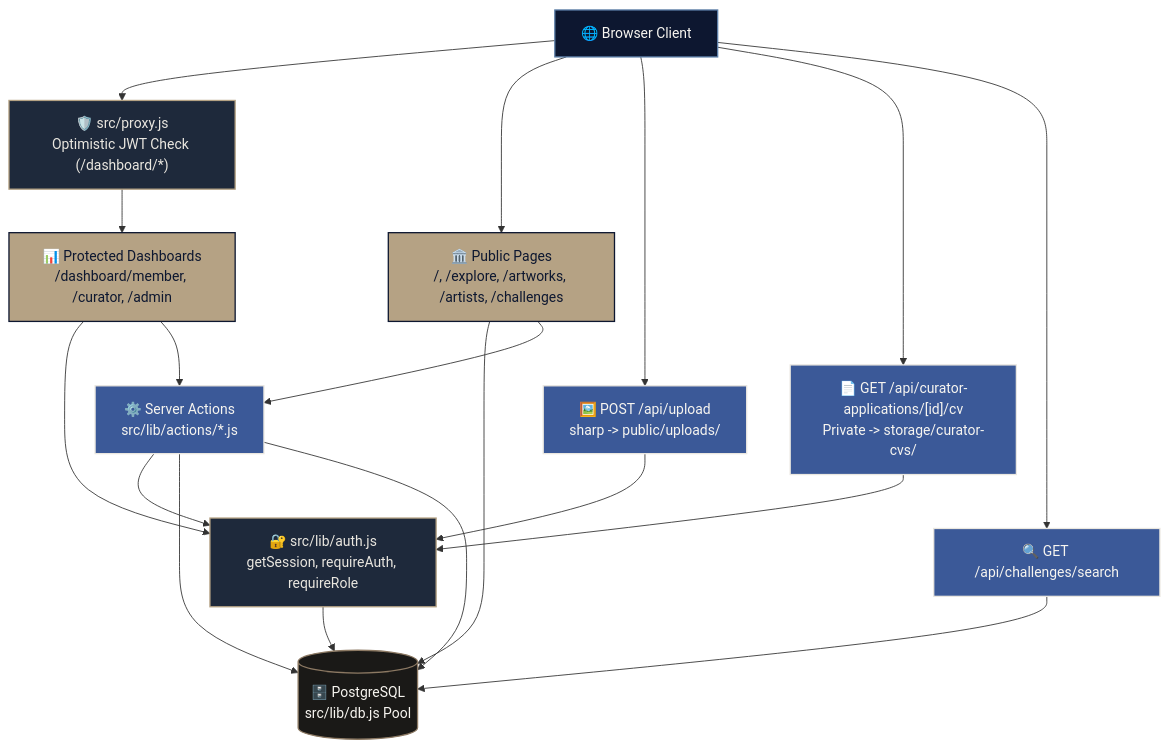
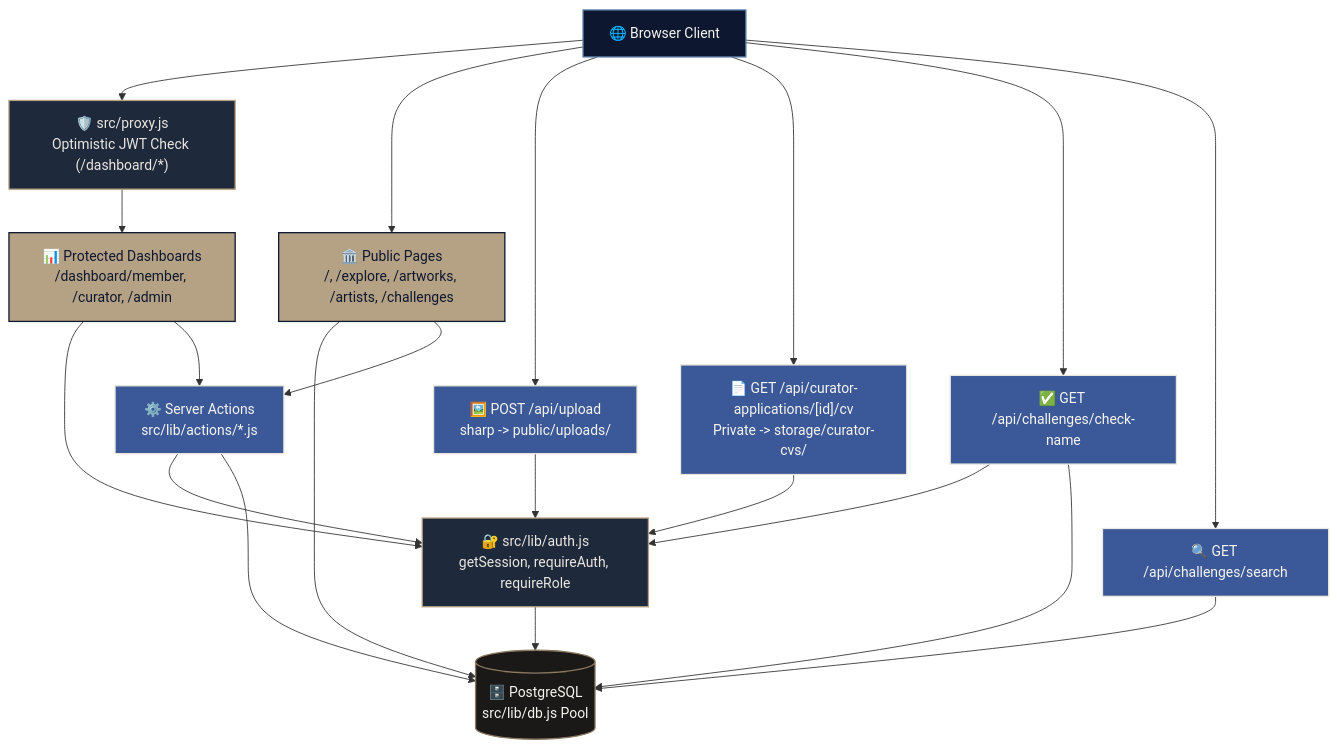
The second of 3 diagrams in README.md (aalfm/archive-art-showcase), drawn with Mermaid before and after one commit. The commit also changed other lines of this file and 7 other files, not shown here.

````diff
--- a/README.md
+++ b/README.md
@@ -195,43 +179,46 @@
 ```mermaid
 flowchart TD
     Client["🌐 Browser Client"]
     Proxy["🛡️ src/proxy.js\nOptimistic JWT Check (/dashboard/*)"]
     Public["🏛️ Public Pages\n/, /explore, /artworks, /artists, /challenges"]
     Dash["📊 Protected Dashboards\n/dashboard/member, /curator, /admin"]
     Auth["🔐 src/lib/auth.js\ngetSession, requireAuth, requireRole"]
     Actions["⚙️ Server Actions\nsrc/lib/actions/*.js"]
     Upload["🖼️ POST /api/upload\nsharp -> public/uploads/"]
     CV["📄 GET /api/curator-applications/[id]/cv\nPrivate -> storage/curator-cvs/"]
+    Check["✅ GET /api/challenges/check-name"]
     Search["🔍 GET /api/challenges/search"]
     DB[("🗄️ PostgreSQL\nsrc/lib/db.js Pool")]
 
     Client --> Proxy
     Client --> Public
     Proxy --> Dash
     Public --> DB
     Dash --> Auth
     Auth --> DB
     Dash --> Actions
     Public --> Actions
     Actions --> Auth
     Actions --> DB
     Client --> Upload
     Client --> CV
+    Client --> Check
     Client --> Search
     Upload --> Auth
     CV --> Auth
+    Check --> Auth
+    Check --> DB
     Search --> DB
-    Actions --> DB
 
     classDef navy fill:#0D1730,stroke:#5C7FA8,color:#F7F5F0,stroke-width:1.5px;
     classDef slate fill:#1E293B,stroke:#B5A284,color:#EAE7E0,stroke-width:1.5px;
     classDef sand fill:#B5A284,stroke:#0D1730,color:#0D1730,stroke-width:1.5px;
     classDef blue fill:#3B5998,stroke:#EAE7E0,color:#F7F5F0,stroke-width:1.5px;
     classDef charcoal fill:#1A1917,stroke:#8C7963,color:#F7F5F0,stroke-width:1.5px;
 
     class Client navy;
     class Proxy,Auth slate;
     class Public,Dash sand;
-    class Actions,Upload,CV,Search blue;
+    class Actions,Upload,CV,Check,Search blue;
     class DB charcoal;
 ```
````
